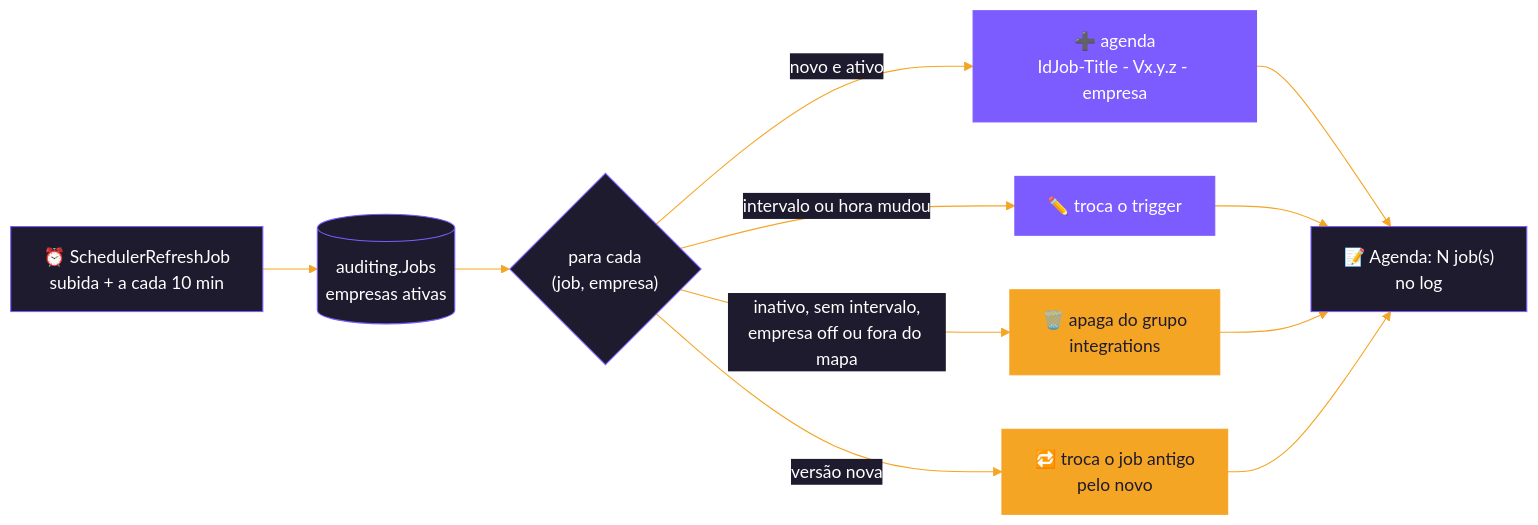
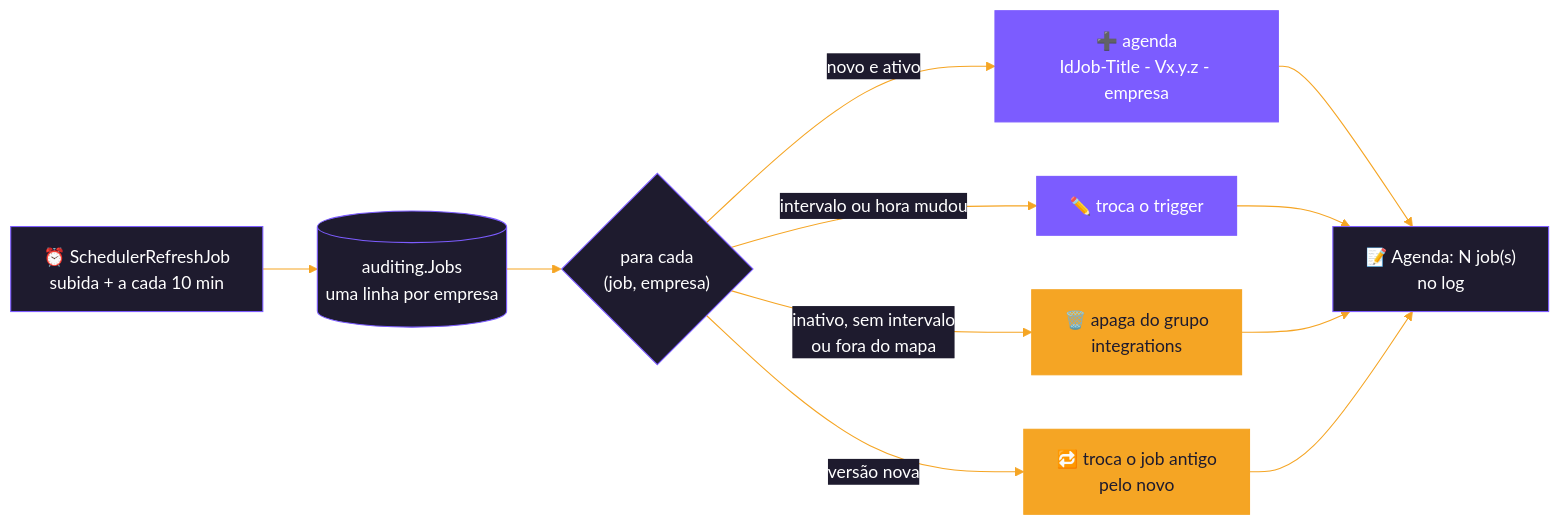
Before and after one commit to cayo-kume/extract-transform-load-integrations-system: the second of 5 diagrams in src/Backend/Hosts/Worker/README.md, drawn with Mermaid. The commit also changed other lines of this file and 121 other files, not shown here.

````diff
--- a/src/Backend/Hosts/Worker/README.md
+++ b/src/Backend/Hosts/Worker/README.md
@@ -222,16 +221,16 @@
 ```mermaid
 %%{init: {'theme':'base','themeVariables':{'primaryColor':'#1e1b2e','primaryTextColor':'#ffffff','primaryBorderColor':'#7c5cff','lineColor':'#f5a524','textColor':'#1e1b2e','clusterBkg':'#f5f3ff','clusterBorder':'#7c5cff','titleColor':'#1e1b2e','edgeLabelBackground':'#1e1b2e'}}}%%
 flowchart LR
-    T["⏰ SchedulerRefreshJob<br/>subida + a cada 10 min"] --> R[("auditing.Jobs<br/>empresas ativas")]
+    T["⏰ SchedulerRefreshJob<br/>subida + a cada 10 min"] --> R[("auditing.Jobs<br/>uma linha por empresa")]
     R --> D{"para cada<br/>(job, empresa)"}
     D -- "novo e ativo" --> ADD["➕ agenda<br/>IdJob-Title - Vx.y.z - empresa"]
     D -- "intervalo ou hora mudou" --> UPD["✏️ troca o trigger"]
-    D -- "inativo, sem intervalo,<br/>empresa off ou fora do mapa" --> DEL["🗑️ apaga do grupo<br/>integrations"]
+    D -- "inativo, sem intervalo<br/>ou fora do mapa" --> DEL["🗑️ apaga do grupo<br/>integrations"]
     D -- "versão nova" --> VER["🔁 troca o job antigo<br/>pelo novo"]
     ADD & UPD & DEL & VER --> SUM["📝 Agenda: N job(s)<br/>no log"]
 
     classDef accent fill:#7c5cff,stroke:#7c5cff,color:#ffffff
     classDef warm fill:#f5a524,stroke:#f5a524,color:#1e1b2e
     class ADD,UPD accent
     class DEL,VER warm
 ```
````
